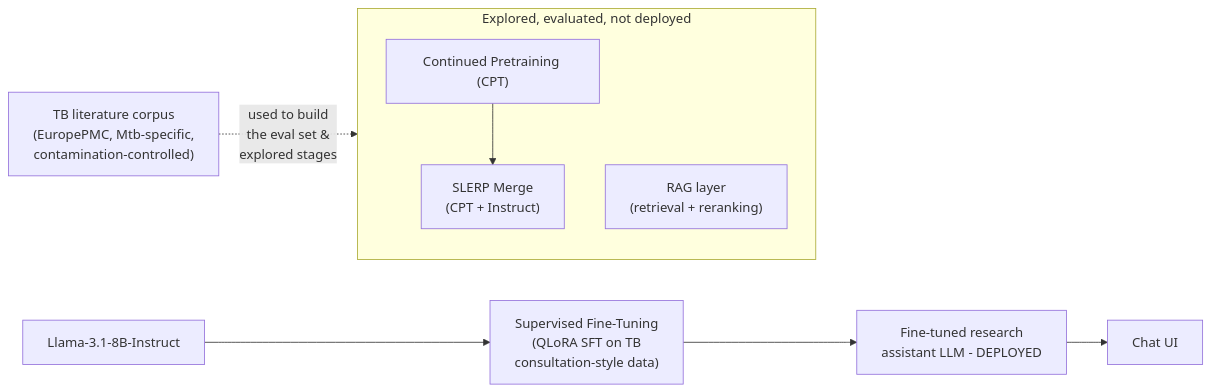
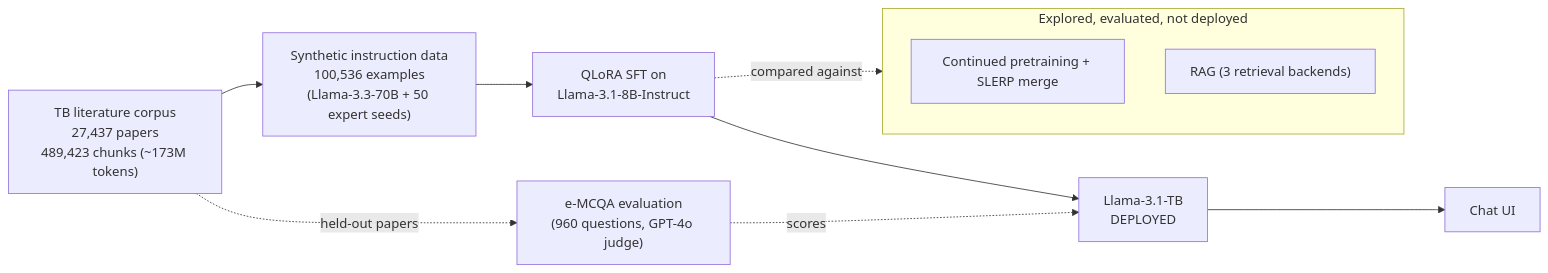
Before and after one commit to sedak326/Llama-3.1-TB: the diagram in README.md, drawn with Mermaid. The commit also changed other lines of this file, not shown here.

````diff
--- a/README.md
+++ b/README.md
@@ -60,11 +60,14 @@
 ```mermaid
 flowchart LR
-    A["TB literature corpus\n(EuropePMC, Mtb-specific,\ncontamination-controlled)"] -.used to build\nthe eval set &\nexplored stages.-> X
-    I["Llama-3.1-8B-Instruct"] --> D["Supervised Fine-Tuning\n(QLoRA SFT on TB\nconsultation-style data)"]
-    D --> E["Fine-tuned research\nassistant LLM - DEPLOYED"]
-    E --> G["Chat UI"]
+    A["TB literature corpus\n27,437 papers\n489,423 chunks (~173M tokens)"] --> B["Synthetic instruction data\n100,536 examples\n(Llama-3.3-70B + 50 expert seeds)"]
+    B --> C["QLoRA SFT on\nLlama-3.1-8B-Instruct"]
+    C --> D["Llama-3.1-TB\nDEPLOYED"]
+    D --> E["Chat UI"]
+    A -.held-out papers.-> F["e-MCQA evaluation\n(960 questions, GPT-4o judge)"]
     subgraph X["Explored, evaluated, not deployed"]
-        B["Continued Pretraining (CPT)"] --> C["SLERP Merge\n(CPT + Instruct)"]
-        F["RAG layer\n(retrieval + reranking)"]
+        G["Continued pretraining + SLERP merge"]
+        H["RAG (3 retrieval backends)"]
     end
+    C -.compared against.-> X
+    F -.scores.-> D
 ```
````
